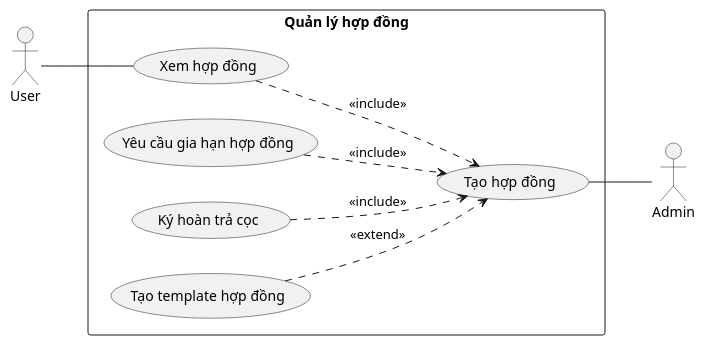
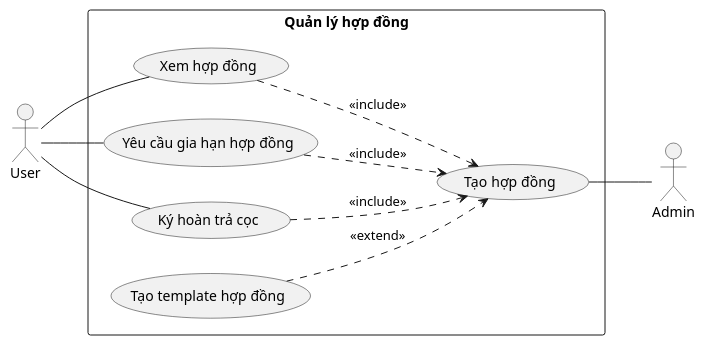
The diagram in Lab1/Lab1.2/Usecase/Quản lý hợp đồng.plantuml (QuickyBooster/SE357-Pratice-class), drawn with PlantUML before and after one commit. The commit also changed 4 other files, not shown here.

```diff
--- a/Lab1/Lab1.2/Usecase/Quản lý hợp đồng.plantuml
+++ b/Lab1/Lab1.2/Usecase/Quản lý hợp đồng.plantuml
@@ -1,21 +1,23 @@
 @startuml
 left to right direction
 
 actor Admin as C
 actor User as U
 rectangle "Quản lý hợp đồng" {
   usecase (Tạo hợp đồng) as UC2
   usecase (Xem hợp đồng) as UC1
   usecase (Yêu cầu gia hạn hợp đồng) as UC8
   usecase (Ký hoàn trả cọc) as UC3
   usecase (Tạo template hợp đồng) as UC4
 }
 
 U--UC1
+U -- UC8
+U --UC3
 UC2 -- C
 UC4 ..>UC2:<<extend>>
 UC1 ..>UC2:<<include>>
 UC8 ..>UC2:<<include>>
 UC3 ..>UC2:<<include>>
 
 @enduml
```
